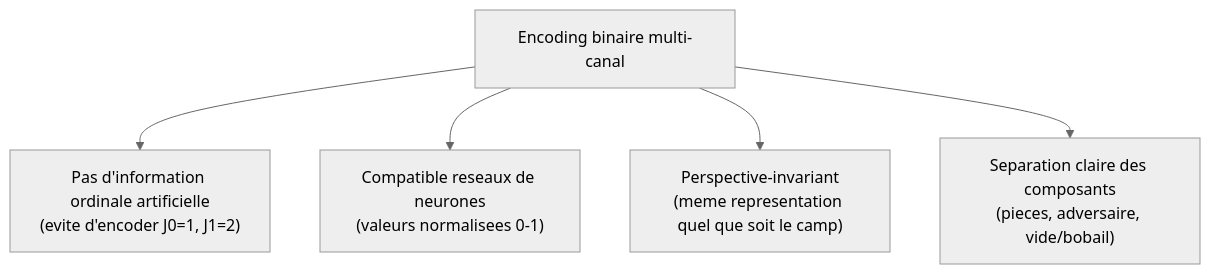
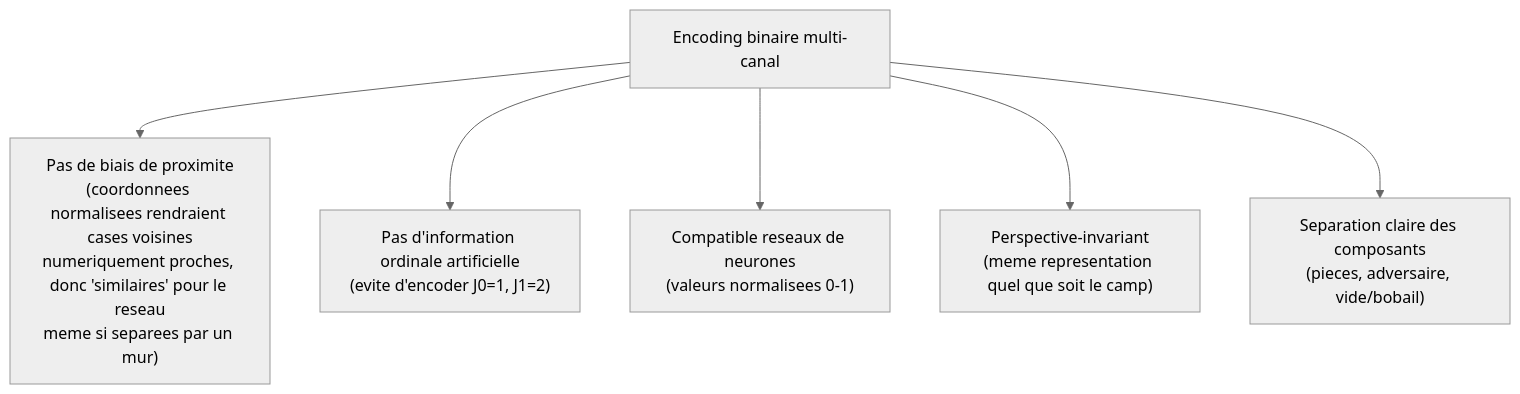
Before and after one commit to brandthn/reinforcement-learning-gameplay-esgi: the sixth of 6 diagrams in docs/gameplay/state_encoding.md, drawn with Mermaid (neutral theme). The commit also changed 59 other files, not shown here.

````diff
--- a/docs/gameplay/state_encoding.md
+++ b/docs/gameplay/state_encoding.md
@@ -249,8 +249,9 @@
 ```mermaid
 graph TD
     A["Encoding binaire multi-canal"]
-    A --> B["Pas d'information ordinale artificielle<br/>(evite d'encoder J0=1, J1=2)"]
+    A --> B["Pas de biais de proximite<br/>(coordonnees normalisees rendraient cases voisines<br/>numeriquement proches, donc 'similaires' pour le reseau<br/>meme si separees par un mur)"]
+    A --> F["Pas d'information ordinale artificielle<br/>(evite d'encoder J0=1, J1=2)"]
     A --> C["Compatible reseaux de neurones<br/>(valeurs normalisees 0-1)"]
     A --> D["Perspective-invariant<br/>(meme representation quel que soit le camp)"]
     A --> E["Separation claire des composants<br/>(pieces, adversaire, vide/bobail)"]
 ```
````
